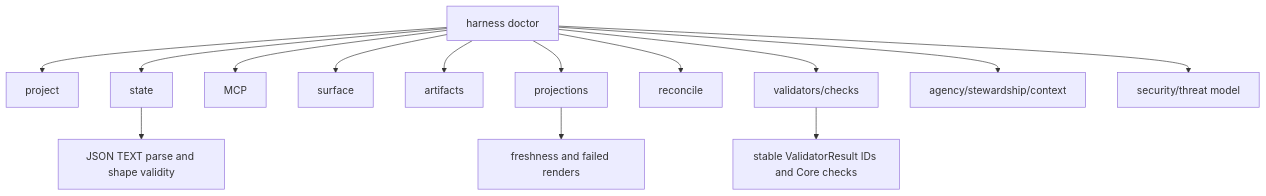
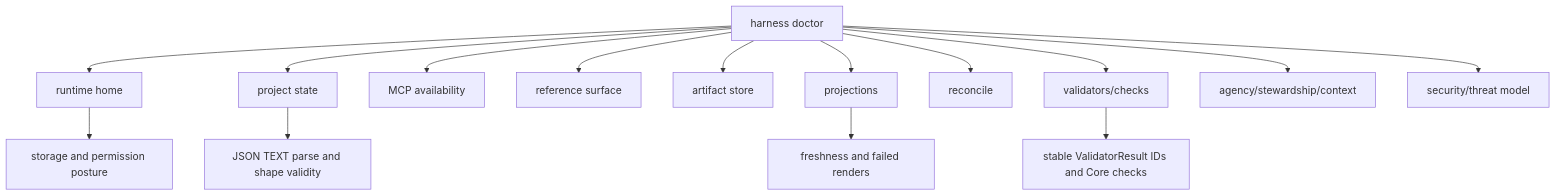
The fifth of 14 diagrams in docs/en/reference/operations-and-conformance.md (minjungw00/Harness_Project), drawn with Mermaid before and after one commit. The commit also changed other lines of this file and 9 other files, not shown here.

````diff
--- a/docs/en/reference/operations-and-conformance.md
+++ b/docs/en/reference/operations-and-conformance.md
@@ -251,16 +251,17 @@
 ```mermaid
 flowchart TD
-  Doctor["harness doctor"] --> Project["project"]
-  Doctor --> State["state"]
-  Doctor --> MCP["MCP"]
-  Doctor --> Surface["surface"]
-  Doctor --> Artifacts["artifacts"]
+  Doctor["harness doctor"] --> Runtime["runtime home"]
+  Doctor --> State["project state"]
+  Doctor --> MCP["MCP availability"]
+  Doctor --> Surface["reference surface"]
+  Doctor --> Artifacts["artifact store"]
   Doctor --> Projections["projections"]
   Doctor --> Reconcile["reconcile"]
   Doctor --> Validators["validators/checks"]
   Doctor --> Agency["agency/stewardship/context"]
   Doctor --> Security["security/threat model"]
+  Runtime --> Perms["storage and permission posture"]
   State --> JSON["JSON TEXT parse and shape validity"]
   Projections --> Freshness["freshness and failed renders"]
   Validators --> Stable["stable ValidatorResult IDs and Core checks"]
 ```
````
